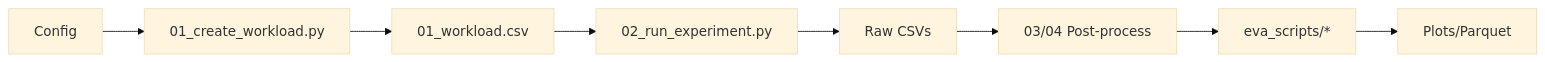
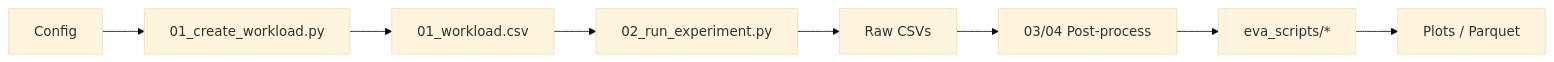
The diagram in docs/personas/understand_codebase.md (jgonsior/olympic-games-of-active-learning), drawn with Mermaid (base theme) before and after one commit. The commit also changed other lines of this file and 8 other files, not shown here.

First line of the commit message:
Simplify documentation and fix mermaid diagrams

````diff
--- a/docs/personas/understand_codebase.md
+++ b/docs/personas/understand_codebase.md
@@ -9,10 +9,10 @@
 ```mermaid
 flowchart LR
-    CFG[Config] --> GRID[01_create_workload.py]
-    GRID --> WL[01_workload.csv]
-    WL --> RUN[02_run_experiment.py]
-    RUN --> RAW[Raw CSVs]
-    RAW --> POST[03/04 Post-process]
-    POST --> EVA[eva_scripts/*]
-    EVA --> ART[Plots/Parquet]
+    CFG["Config"] --> GRID["01_create_workload.py"]
+    GRID --> WL["01_workload.csv"]
+    WL --> RUN["02_run_experiment.py"]
+    RUN --> RAW["Raw CSVs"]
+    RAW --> POST["03/04 Post-process"]
+    POST --> EVA["eva_scripts/*"]
+    EVA --> ART["Plots / Parquet"]
 ```
````
